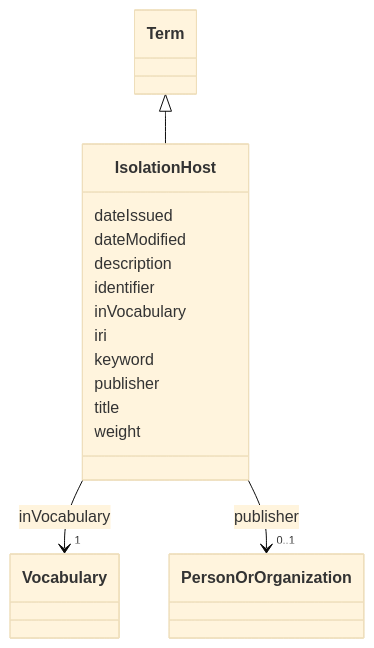
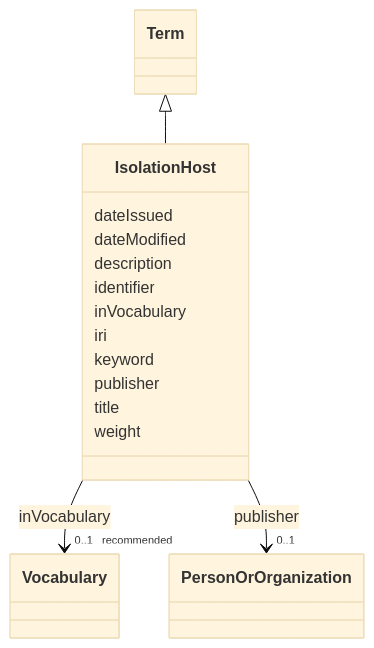
Before and after one commit to EVORA-project/evora-ontology: the diagram in models/docs/IsolationHost.md, drawn with Mermaid (base theme). The commit also changed other lines of this file and 307 other files, not shown here.

````diff
--- a/models/docs/IsolationHost.md
+++ b/models/docs/IsolationHost.md
@@ -19,43 +19,43 @@
 ```mermaid
  classDiagram
     class IsolationHost
     click IsolationHost href "../IsolationHost"
       Term <|-- IsolationHost
         click Term href "../Term"
       
       IsolationHost : dateIssued
         
       IsolationHost : dateModified
         
       IsolationHost : description
         
       IsolationHost : identifier
         
       IsolationHost : inVocabulary
         
           
     
     
-    IsolationHost --> "1" Vocabulary : inVocabulary
+    IsolationHost --> "0..1 _recommended_" Vocabulary : inVocabulary
     click Vocabulary href "../Vocabulary"
 
         
       IsolationHost : iri
         
       IsolationHost : keyword
         
       IsolationHost : publisher
         
           
     
     
     IsolationHost --> "0..1" PersonOrOrganization : publisher
     click PersonOrOrganization href "../PersonOrOrganization"
 
         
       IsolationHost : title
         
       IsolationHost : weight
         
       
 ```
````
